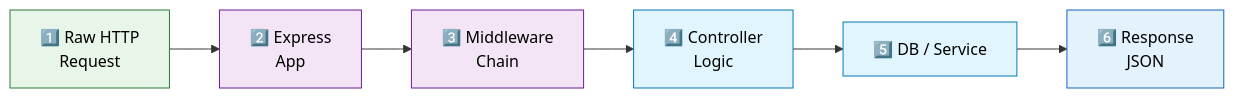
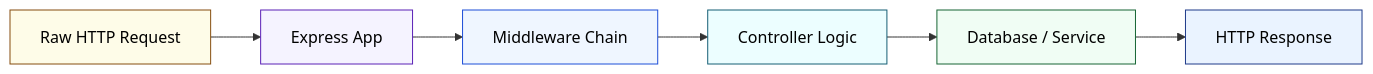
Before and after one commit to PrajwalAmbekar/Backend-Learning: the third of 4 diagrams in HTTP_Lifecycle/http_req_res_lifecycle.md, drawn with Mermaid. The commit also changed other lines of this file, not shown here.

Commit message:
created the md file for http-request-response-lifecycle

````diff
--- a/HTTP_Lifecycle/http_req_res_lifecycle.md
+++ b/HTTP_Lifecycle/http_req_res_lifecycle.md
@@ -127,14 +64,16 @@
 ```mermaid
 flowchart LR
-    A[1️⃣ Raw HTTP<br/>Request]:::node --> 
-    B[2️⃣ Express<br/>App]:::express --> 
-    C[3️⃣ Middleware<br/>Chain]:::express --> 
-    D[4️⃣ Controller<br/>Logic]:::logic --> 
-    E[5️⃣ DB / Service]:::logic --> 
-    F[6️⃣ Response<br/>JSON]:::client
+    A[Raw HTTP Request] --> 
+    B[Express App] --> 
+    C[Middleware Chain] --> 
+    D[Controller Logic] --> 
+    E[Database / Service] --> 
+    F[HTTP Response]
 
-    classDef node fill:#E8F5E9,stroke:#2E7D32,color:#000
-    classDef express fill:#F3E5F5,stroke:#6A1B9A,color:#000
-    classDef logic fill:#E1F5FE,stroke:#0277BD,color:#000
-    classDef client fill:#E3F2FD,stroke:#1565C0,color:#000
+    style A fill:#FEFCE8,stroke:#854D0E,color:#000
+    style B fill:#F5F3FF,stroke:#5B21B6,color:#000
+    style C fill:#EFF6FF,stroke:#1D4ED8,color:#000
+    style D fill:#ECFEFF,stroke:#155E75,color:#000
+    style E fill:#F0FDF4,stroke:#166534,color:#000
+    style F fill:#EAF3FF,stroke:#1E3A8A,color:#000
 ```
````
